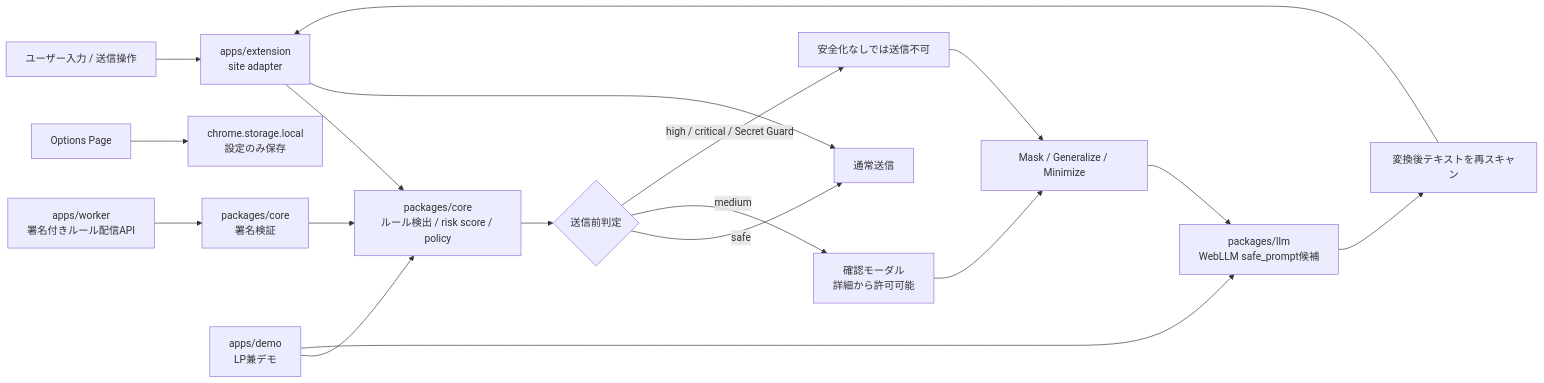
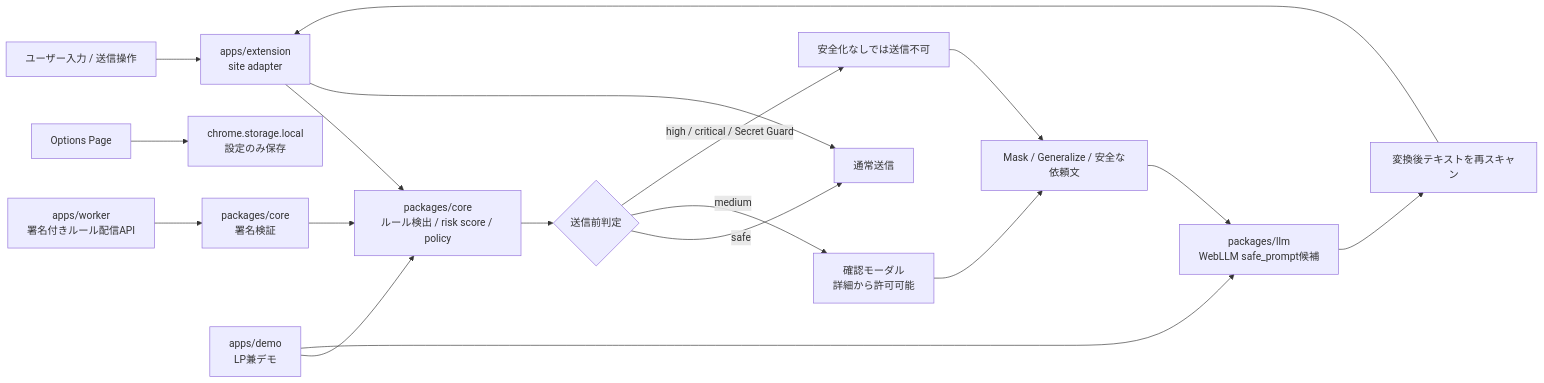
Before and after one commit to shunya-mabuchi/harumae: the diagram in README.md, drawn with Mermaid. The commit also changed other lines of this file and 6 other files, not shown here.

````diff
--- a/README.md
+++ b/README.md
@@ -152,20 +156,20 @@
 ```mermaid
 flowchart LR
   User["ユーザー入力 / 送信操作"] --> Adapter["apps/extension\nsite adapter"]
   RuleApi["apps/worker\n署名付きルール配信API"] --> Verify["packages/core\n署名検証"]
   Verify --> Core
   Adapter --> Core["packages/core\nルール検出 / risk score / policy"]
   Core --> Decision{"送信前判定"}
   Decision -->|safe| Submit["通常送信"]
   Decision -->|medium| Modal["確認モーダル\n詳細から許可可能"]
   Decision -->|high / critical / Secret Guard| Block["安全化なしでは送信不可"]
-  Modal --> Transform["Mask / Generalize / Minimize"]
+  Modal --> Transform["Mask / Generalize / 安全な依頼文"]
   Block --> Transform
   Transform --> Llm["packages/llm\nWebLLM safe_prompt候補"]
   Llm --> Rescan["変換後テキストを再スキャン"]
   Rescan --> Adapter
   Adapter --> Submit
   Options["Options Page"] --> Storage["chrome.storage.local\n設定のみ保存"]
   Demo["apps/demo\nLP兼デモ"] --> Core
   Demo --> Llm
 ```
````
